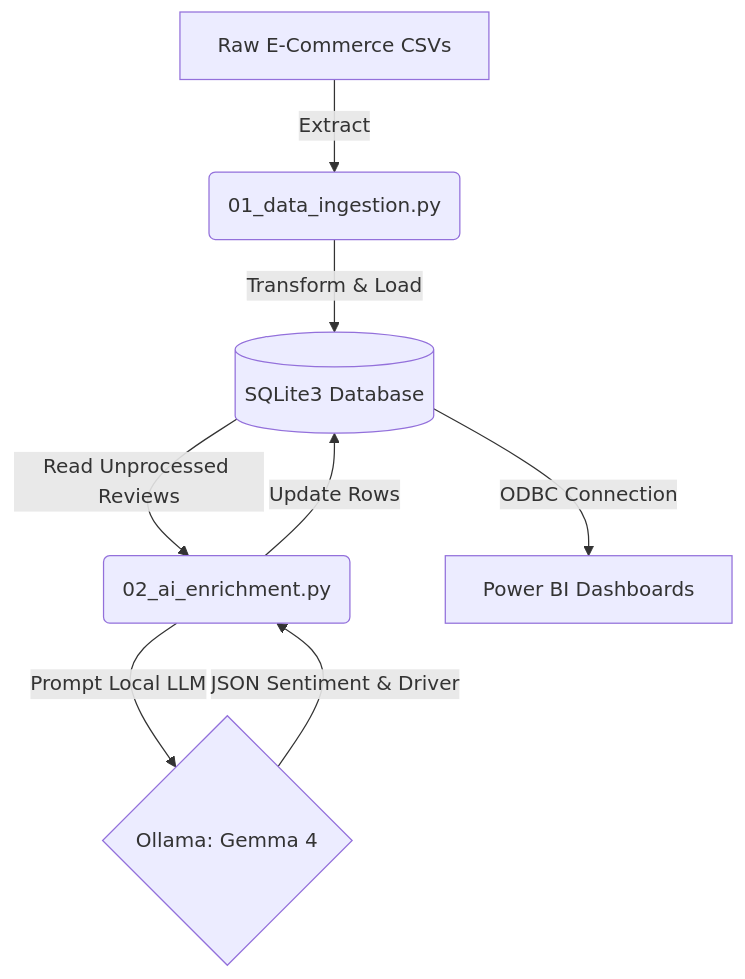
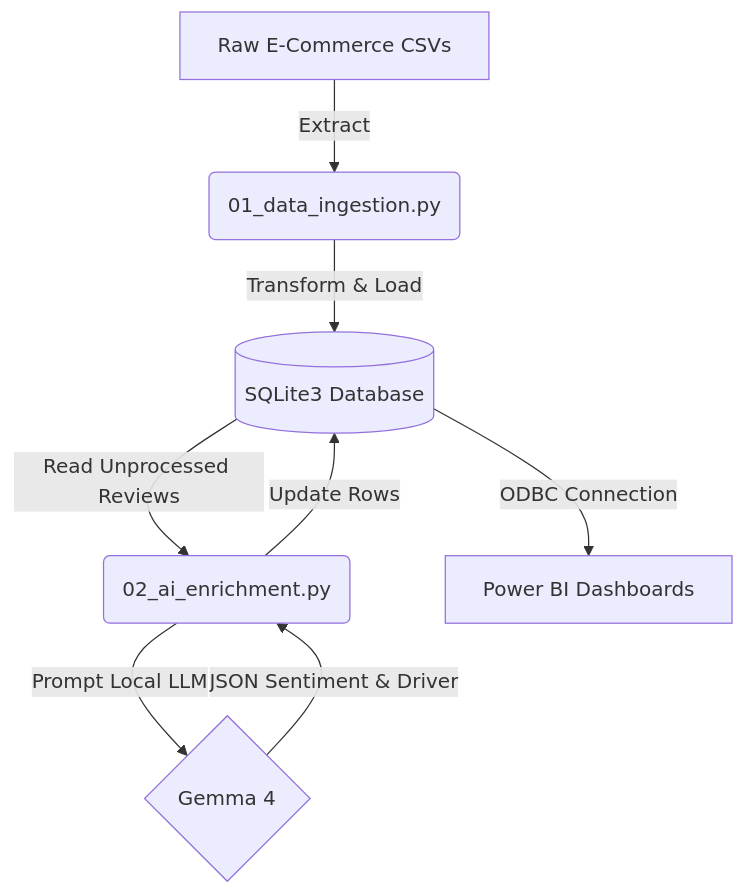
Before and after one commit to Kasper-Bankler/customer-product-insights-pipeline: the diagram in README.md, drawn with Mermaid. The commit also changed other lines of this file, not shown here.

````diff
--- a/README.md
+++ b/README.md
@@ -10,10 +10,10 @@
 ```mermaid
 graph TD
     A[Raw E-Commerce CSVs] -->|Extract| B(01_data_ingestion.py)
     B -->|Transform & Load| C[(SQLite3 Database)]
     C -->|Read Unprocessed Reviews| D(02_ai_enrichment.py)
-    D -->|Prompt Local LLM| E{Ollama: Gemma 4}
+    D -->|Prompt Local LLM| E{Gemma 4}
     E -->|JSON Sentiment & Driver| D
     D -->|Update Rows| C
     C -->|ODBC Connection| F[Power BI Dashboards]
 ```
````
